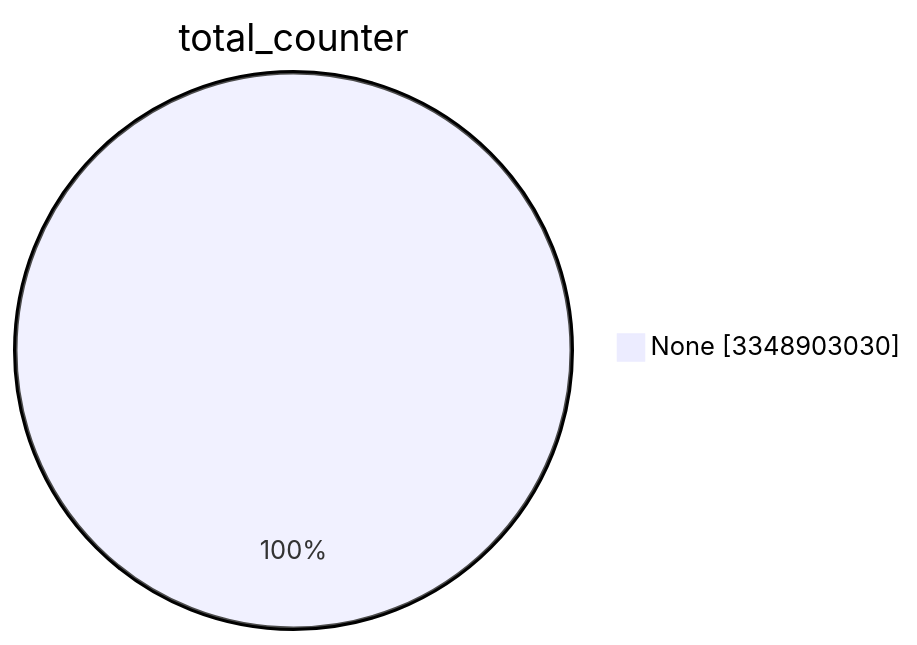
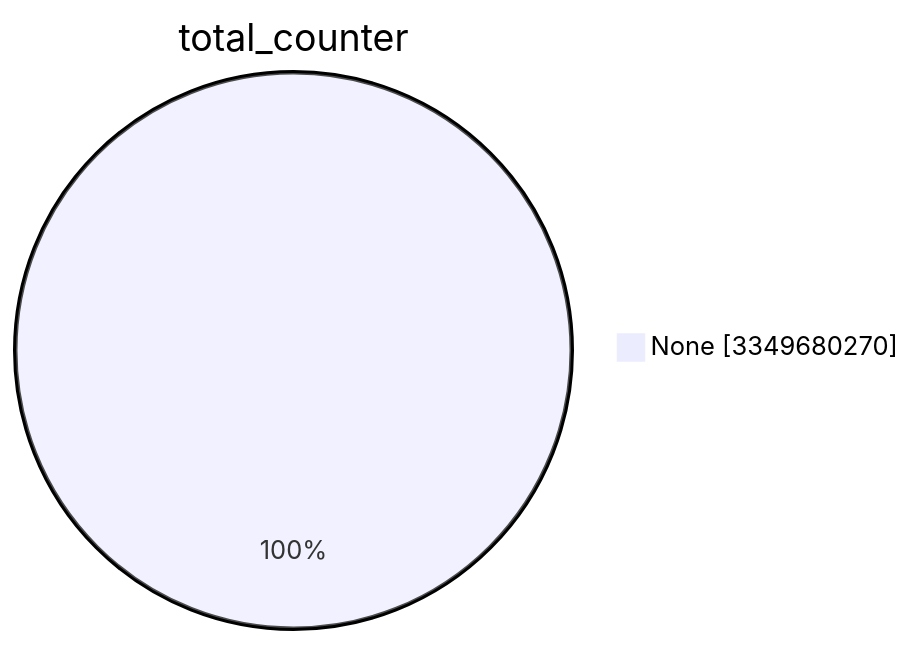
One commit to christiankrug/ctmonitor_visualization changed the first of 15 diagrams in TOTAL/README.md. Above: the diagram before and after it, drawn with Mermaid. The commit also changed other lines of this file, not shown here.

````diff
--- a/TOTAL/README.md
+++ b/TOTAL/README.md
@@ -1,5 +1,5 @@
 ```mermaid
 pie showData
 title total_counter
-"None" :3348903030
+"None" :3349680270
 ```
````
